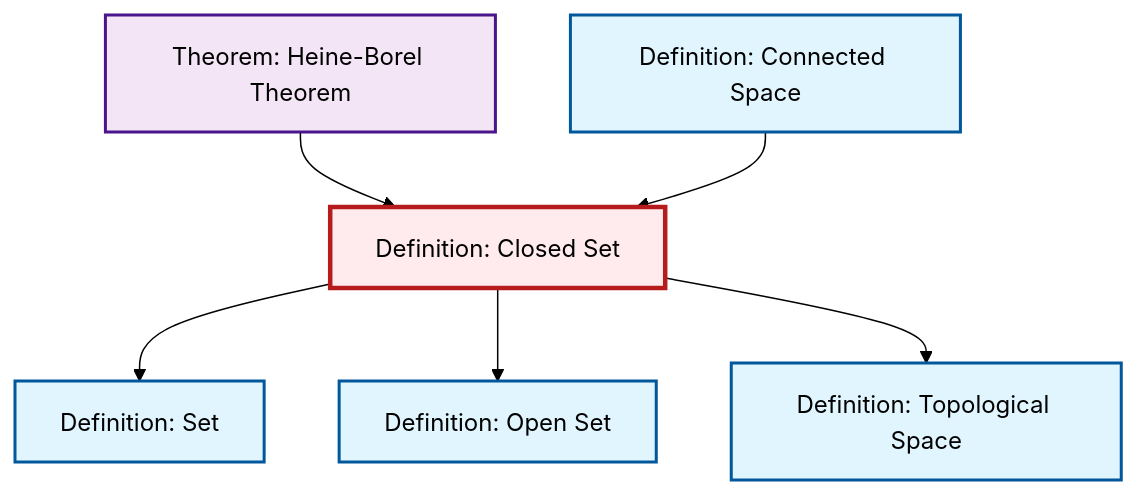
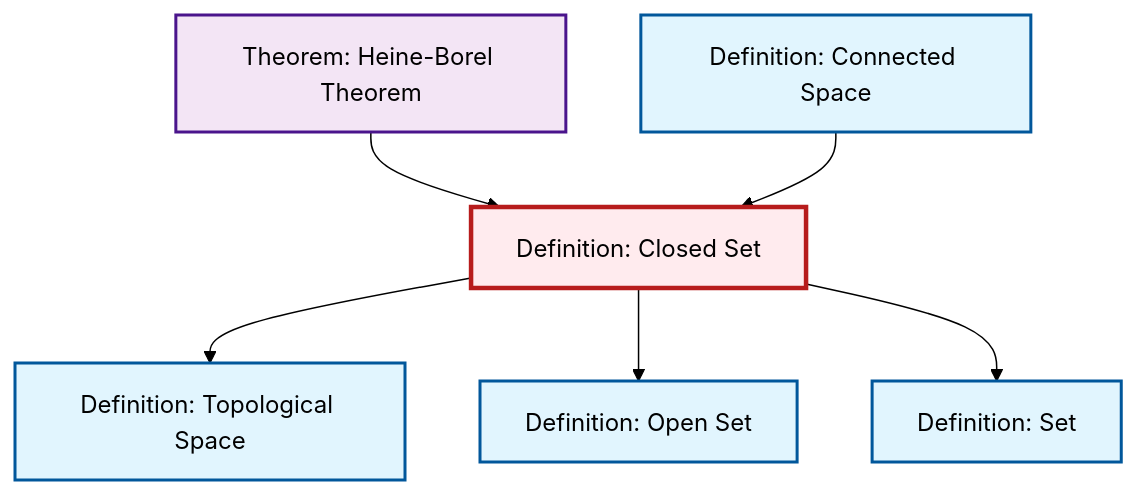
The diagram in output/mermaid/def-closed-set.mermaid (RK0429/ModernMath), drawn with Mermaid (forest theme) before and after one commit. The commit also changed other lines of this file and 1198 other files, not shown here.

````diff
--- a/output/mermaid/def-closed-set.mermaid
+++ b/output/mermaid/def-closed-set.mermaid
@@ -1,21 +1,21 @@
 ```{mermaid}
 %%| fig-cap: "Local dependency graph"
 graph TD
     classDef definition fill:#e1f5fe,stroke:#01579b,stroke-width:2px
     classDef theorem fill:#f3e5f5,stroke:#4a148c,stroke-width:2px
     classDef axiom fill:#fff3e0,stroke:#e65100,stroke-width:2px
     classDef example fill:#e8f5e9,stroke:#1b5e20,stroke-width:2px
     classDef current fill:#ffebee,stroke:#b71c1c,stroke-width:3px
+    thm-heine-borel["Theorem: Heine-Borel Theorem"]:::theorem
+    def-topological-space["Definition: Topological Space"]:::definition
+    def-open-set["Definition: Open Set"]:::definition
     def-set["Definition: Set"]:::definition
-    thm-heine-borel["Theorem: Heine-Borel Theorem"]:::theorem
-    def-open-set["Definition: Open Set"]:::definition
     def-closed-set["Definition: Closed Set"]:::definition
-    def-topological-space["Definition: Topological Space"]:::definition
     def-connected["Definition: Connected Space"]:::definition
+    def-closed-set --> def-topological-space
+    def-closed-set --> def-open-set
     def-closed-set --> def-set
     thm-heine-borel --> def-closed-set
-    def-closed-set --> def-open-set
     def-connected --> def-closed-set
-    def-closed-set --> def-topological-space
     class def-closed-set current
 ```
````
